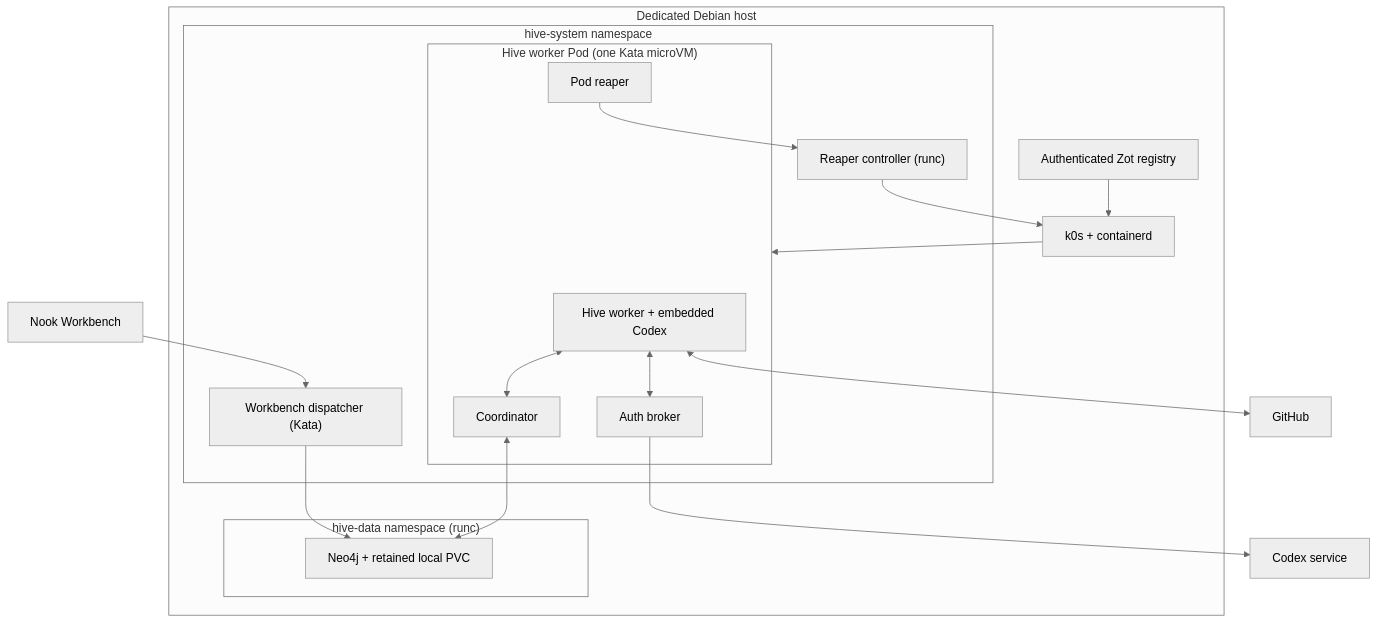
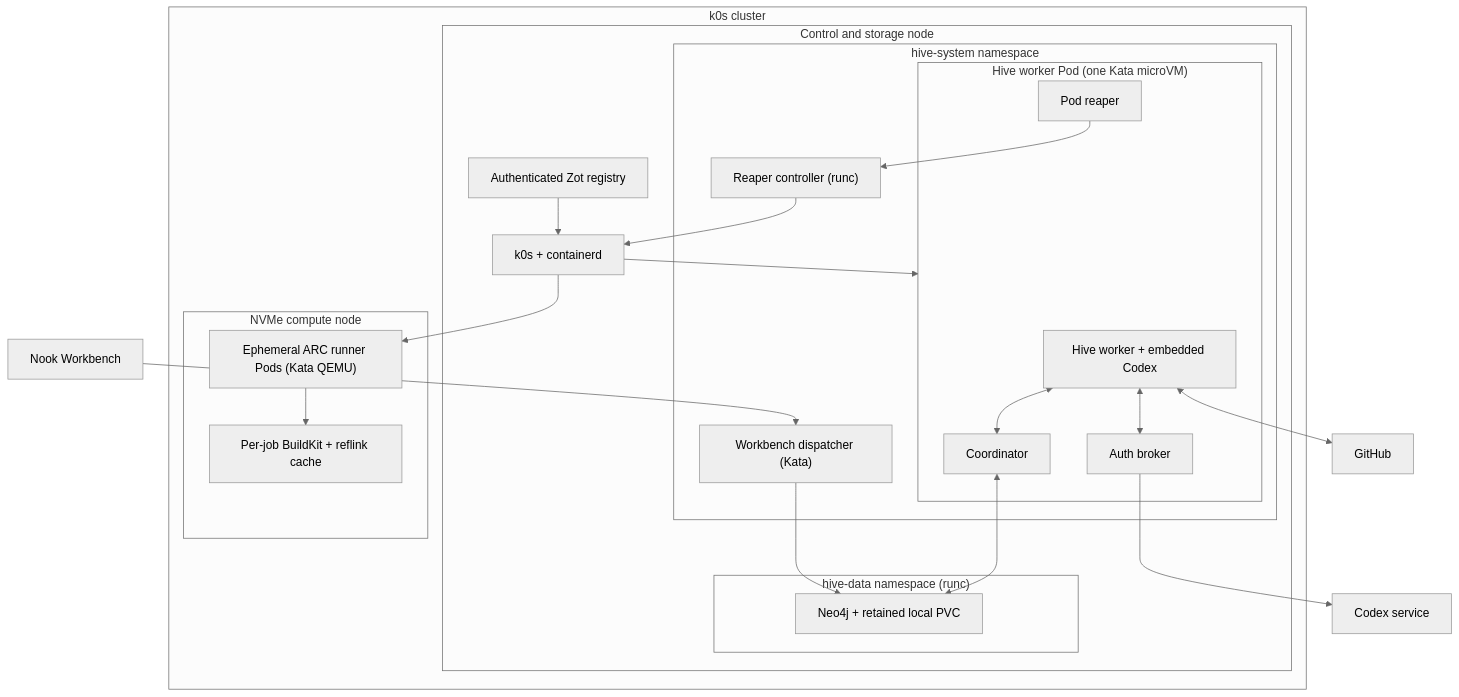
Before and after one commit to meta-secret/nook: the first of 4 diagrams in .cortex/design-docs/hive-isolated-agent-platform.md, drawn with Mermaid (neutral theme). The commit also changed other lines of this file and 19 other files, not shown here.

Commit message:
infra: add Rise-S ARC compute worker

````diff
--- a/.cortex/design-docs/hive-isolated-agent-platform.md
+++ b/.cortex/design-docs/hive-isolated-agent-platform.md
@@ -50,35 +51,44 @@
 ```mermaid
 flowchart TB
-  subgraph host["Dedicated Debian host"]
+  subgraph cluster["k0s cluster"]
+    subgraph host["Control and storage node"]
     k0s["k0s + containerd"]
     registry["Authenticated Zot registry"]
 
     subgraph data["hive-data namespace (runc)"]
       neo4j["Neo4j + retained local PVC"]
     end
 
     subgraph system["hive-system namespace"]
       dispatcher["Workbench dispatcher (Kata)"]
 
       subgraph pod["Hive worker Pod (one Kata microVM)"]
         worker["Hive worker + embedded Codex"]
         coordinator["Coordinator"]
         auth["Auth broker"]
         reaper["Pod reaper"]
       end
       reaper_controller["Reaper controller (runc)"]
     end
+    end
+
+    subgraph compute["NVMe compute node"]
+      arc["Ephemeral ARC runner Pods (Kata QEMU)"]
+      buildkit["Per-job BuildKit + reflink cache"]
+    end
   end
 
   workbench["Nook Workbench"] --> dispatcher
   dispatcher --> neo4j
   worker <--> coordinator
   coordinator <--> neo4j
   worker <--> auth
   worker <--> github["GitHub"]
   auth --> codex_api["Codex service"]
   reaper --> reaper_controller
   reaper_controller --> k0s
   k0s --> pod
+  k0s --> arc
+  arc --> buildkit
   registry --> k0s
 ```
````
